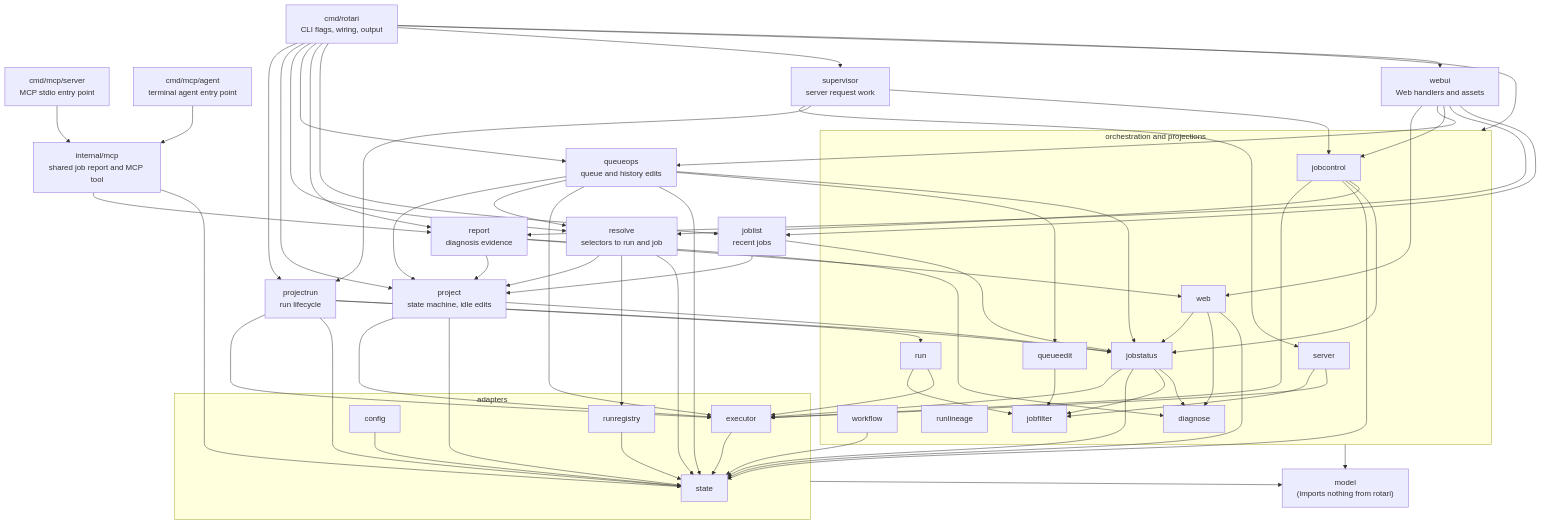
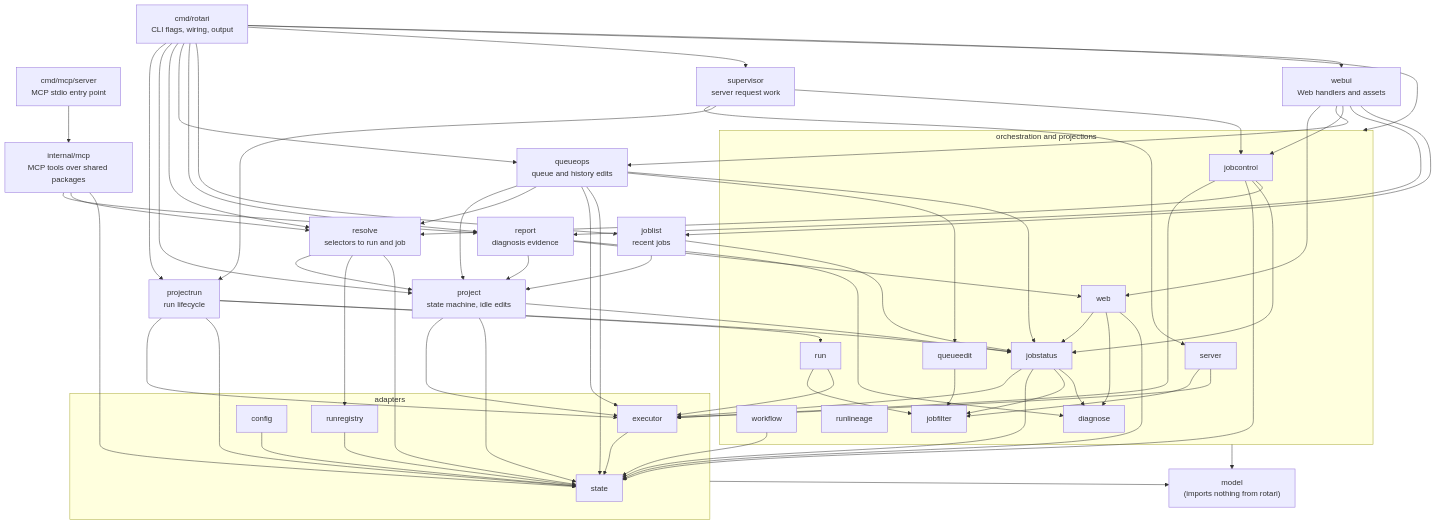
Before and after one commit to kamo-naoyuki/rotari: the second of 2 diagrams in docs/ARCHITECTURE.md, drawn with Mermaid. The commit also changed other lines of this file and 9 other files, not shown here.

First line of the commit message:
Locate MCP runs through the master registry and retire rotari-agent

```diff
--- a/docs/ARCHITECTURE.md
+++ b/docs/ARCHITECTURE.md
@@ -110,8 +108,7 @@
 flowchart TB
   cmd["cmd/rotari<br/>CLI flags, wiring, output"]
    mcpserver["cmd/mcp/server<br/>MCP stdio entry point"]
-   agentcmd["cmd/mcp/agent<br/>terminal agent entry point"]
-   mcpadapter["internal/mcp<br/>shared job report and MCP tool"]
+   mcpadapter["internal/mcp<br/>MCP tools over shared packages"]
   projectrun["projectrun<br/>run lifecycle"]
   project["project<br/>state machine, idle edits"]
   resolve["resolve<br/>selectors to run and job"]
@@ -152,8 +149,8 @@
   queueops --> jobstatus
   cmd --> report
    mcpserver --> mcpadapter
-   agentcmd --> mcpadapter
    mcpadapter --> report
+   mcpadapter --> resolve
    mcpadapter --> state
   report --> web
   report --> project
```
